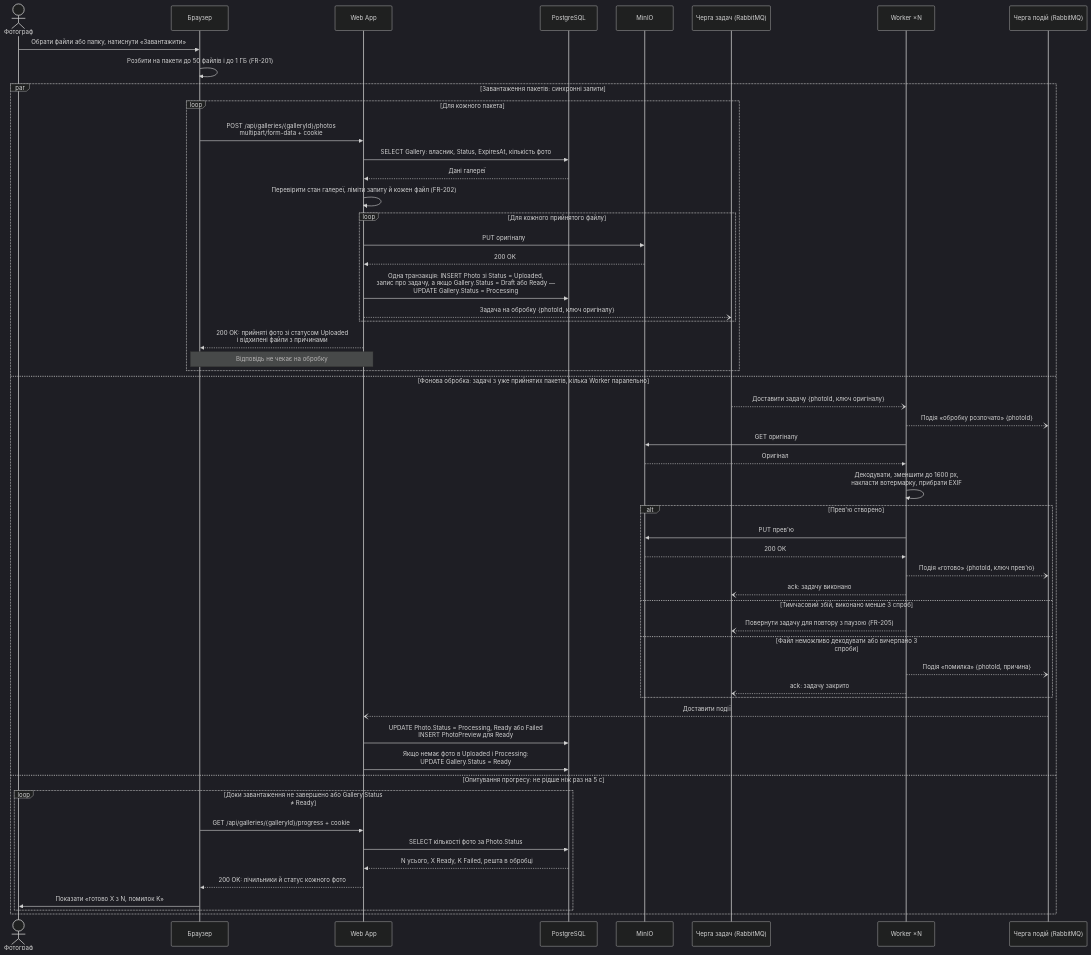
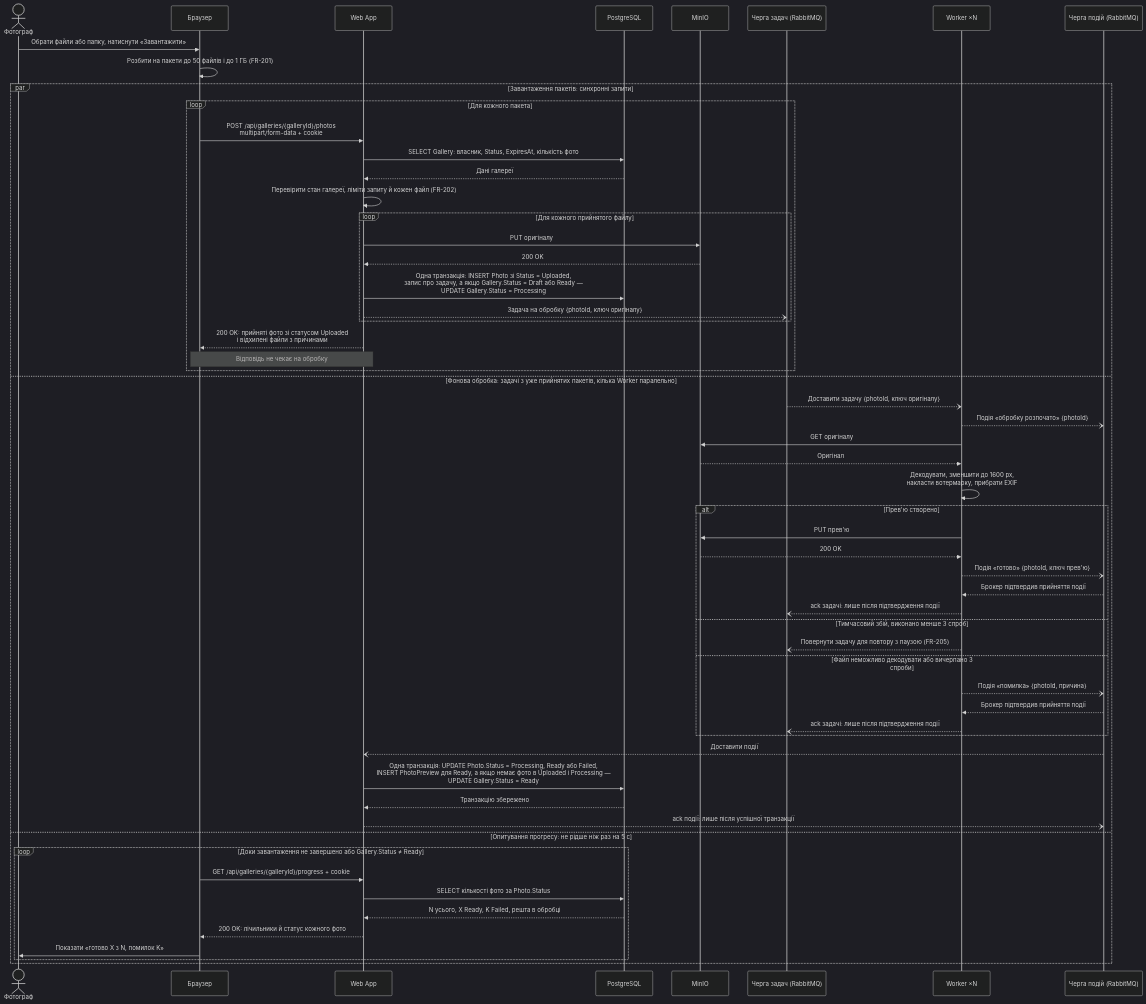
Before and after one commit to alonasaienko/picpick: the diagram in docs/04-architecture/flow-zone-b.md, drawn with Mermaid (dark theme). The commit also changed other lines of this file, not shown here.

Commit message:
docs(architecture): ack only after confirmed handoff

````diff
--- a/docs/04-architecture/flow-zone-b.md
+++ b/docs/04-architecture/flow-zone-b.md
@@ -12,59 +12,62 @@
 ```mermaid
 sequenceDiagram
     actor Photographer as Фотограф
     participant Browser as Браузер
     participant WebApp as Web App
     participant PostgreSQL as PostgreSQL
     participant MinIO as MinIO
     participant Tasks as Черга задач (RabbitMQ)
     participant Worker as Worker ×N
     participant Events as Черга подій (RabbitMQ)
 
     Photographer->>Browser: Обрати файли або папку, натиснути «Завантажити»
     Browser->>Browser: Розбити на пакети до 50 файлів і до 1 ГБ (FR-201)
 
     par Завантаження пакетів: синхронні запити
         loop Для кожного пакета
             Browser->>WebApp: POST /api/galleries/{galleryId}/photos<br/>multipart/form-data + cookie
             WebApp->>PostgreSQL: SELECT Gallery: власник, Status, ExpiresAt, кількість фото
             PostgreSQL-->>WebApp: Дані галереї
             WebApp->>WebApp: Перевірити стан галереї, ліміти запиту й кожен файл (FR-202)
             loop Для кожного прийнятого файлу
                 WebApp->>MinIO: PUT оригіналу
                 MinIO-->>WebApp: 200 OK
                 WebApp->>PostgreSQL: Одна транзакція: INSERT Photo зі Status = Uploaded,<br/>запис про задачу, а якщо Gallery.Status = Draft або Ready —<br/>UPDATE Gallery.Status = Processing
                 WebApp--)Tasks: Задача на обробку {photoId, ключ оригіналу}
             end
             WebApp-->>Browser: 200 OK: прийняті фото зі статусом Uploaded<br/>і відхилені файли з причинами
             Note over Browser,WebApp: Відповідь не чекає на обробку
         end
     and Фонова обробка: задачі з уже прийнятих пакетів, кілька Worker паралельно
         Tasks--)Worker: Доставити задачу {photoId, ключ оригіналу}
         Worker--)Events: Подія «обробку розпочато» {photoId}
         Worker->>MinIO: GET оригіналу
         MinIO-->>Worker: Оригінал
         Worker->>Worker: Декодувати, зменшити до 1600 px,<br/>накласти вотермарку, прибрати EXIF
         alt Прев'ю створено
             Worker->>MinIO: PUT прев'ю
             MinIO-->>Worker: 200 OK
             Worker--)Events: Подія «готово» {photoId, ключ прев'ю}
-            Worker--)Tasks: ack: задачу виконано
+            Events-->>Worker: Брокер підтвердив прийняття події
+            Worker--)Tasks: ack задачі: лише після підтвердження події
         else Тимчасовий збій, виконано менше 3 спроб
             Worker--)Tasks: Повернути задачу для повтору з паузою (FR-205)
         else Файл неможливо декодувати або вичерпано 3 спроби
             Worker--)Events: Подія «помилка» {photoId, причина}
-            Worker--)Tasks: ack: задачу закрито
+            Events-->>Worker: Брокер підтвердив прийняття події
+            Worker--)Tasks: ack задачі: лише після підтвердження події
         end
         Events--)WebApp: Доставити події
-        WebApp->>PostgreSQL: UPDATE Photo.Status = Processing, Ready або Failed<br/>INSERT PhotoPreview для Ready
-        WebApp->>PostgreSQL: Якщо немає фото в Uploaded і Processing:<br/>UPDATE Gallery.Status = Ready
+        WebApp->>PostgreSQL: Одна транзакція: UPDATE Photo.Status = Processing, Ready або Failed,<br/>INSERT PhotoPreview для Ready, а якщо немає фото в Uploaded і Processing —<br/>UPDATE Gallery.Status = Ready
+        PostgreSQL-->>WebApp: Транзакцію збережено
+        WebApp--)Events: ack події: лише після успішної транзакції
     and Опитування прогресу: не рідше ніж раз на 5 с
         loop Доки завантаження не завершено або Gallery.Status ≠ Ready
             Browser->>WebApp: GET /api/galleries/{galleryId}/progress + cookie
             WebApp->>PostgreSQL: SELECT кількості фото за Photo.Status
             PostgreSQL-->>WebApp: N усього, X Ready, K Failed, решта в обробці
             WebApp-->>Browser: 200 OK: лічильники й статус кожного фото
             Browser->>Photographer: Показати «готово X з N, помилок K»
         end
     end
 ```
````
